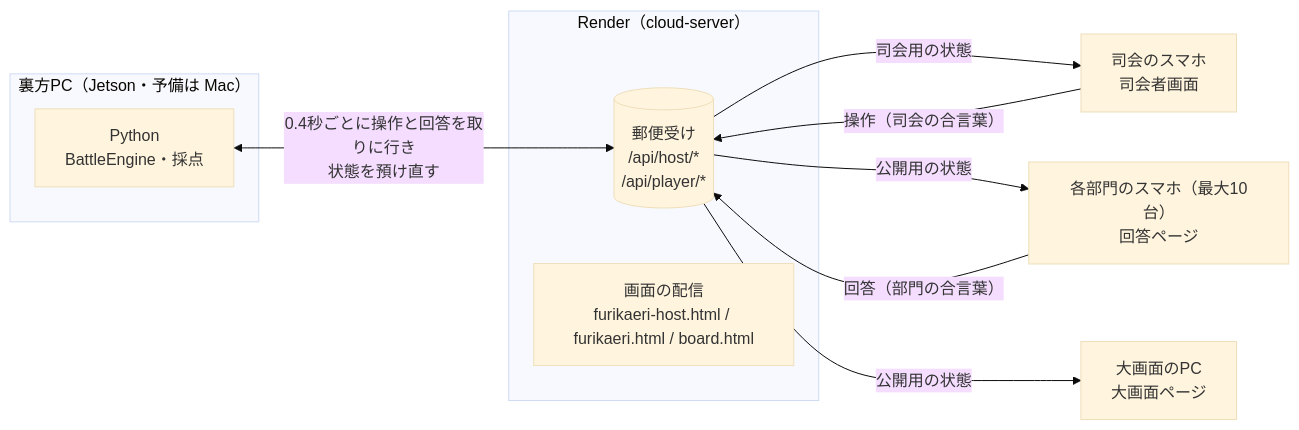
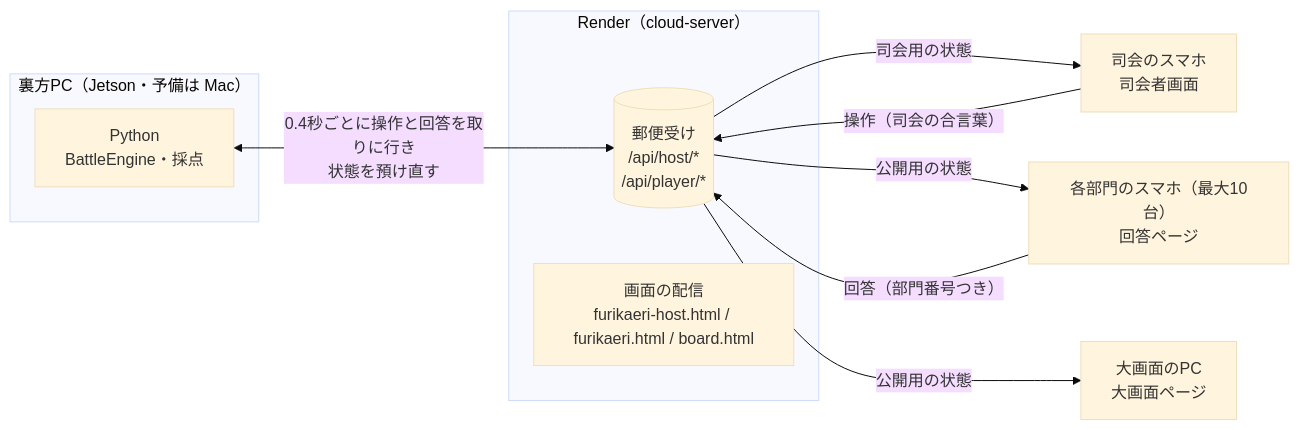
One commit to suzuka-kosen-festa/2026-suzuleague changed the diagram in docs/furikaeri/design.md. Above: the diagram before and after it, drawn with Mermaid (base theme). The commit also changed other lines of this file and 17 other files, not shown here.

````diff
--- a/docs/furikaeri/design.md
+++ b/docs/furikaeri/design.md
@@ -23,20 +23,20 @@
 ```mermaid
 flowchart LR
     subgraph backstage["裏方PC（Jetson・予備は Mac）"]
         py["Python<br>BattleEngine・採点"]
     end
     subgraph render["Render（cloud-server）"]
         mail[("郵便受け<br>/api/host/*<br>/api/player/*")]
         pages["画面の配信<br>furikaeri-host.html / furikaeri.html / board.html"]
     end
     host["司会のスマホ<br>司会者画面"]
     phones["各部門のスマホ（最大10台）<br>回答ページ"]
     board["大画面のPC<br>大画面ページ"]
 
     host -->|"操作（司会の合言葉）"| mail
-    phones -->|"回答（部門の合言葉）"| mail
+    phones -->|"回答（部門番号つき）"| mail
     py <-->|"0.4秒ごとに操作と回答を取りに行き<br>状態を預け直す"| mail
     mail -->|"司会用の状態"| host
     mail -->|"公開用の状態"| phones
     mail -->|"公開用の状態"| board
 ```
````
